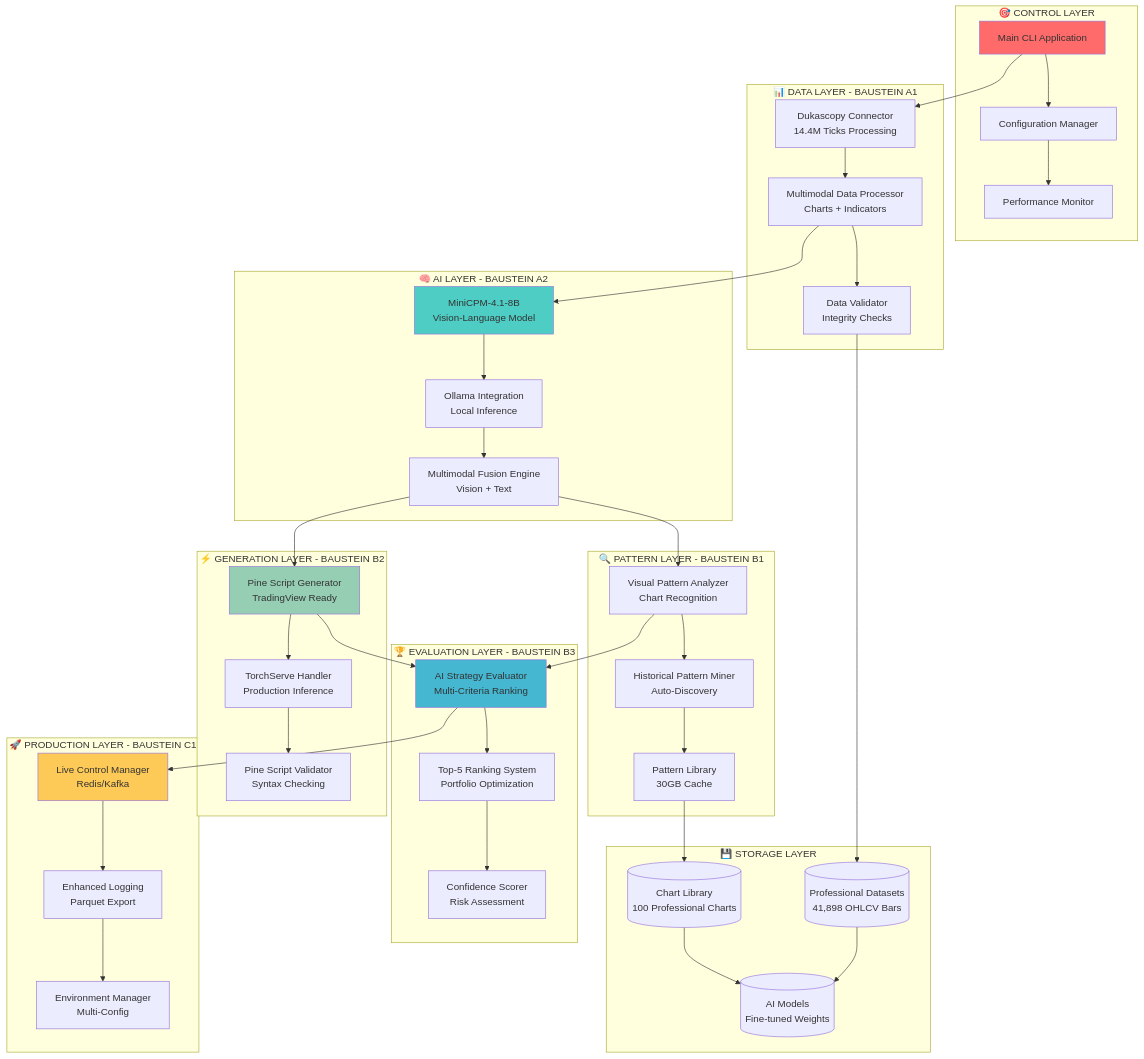
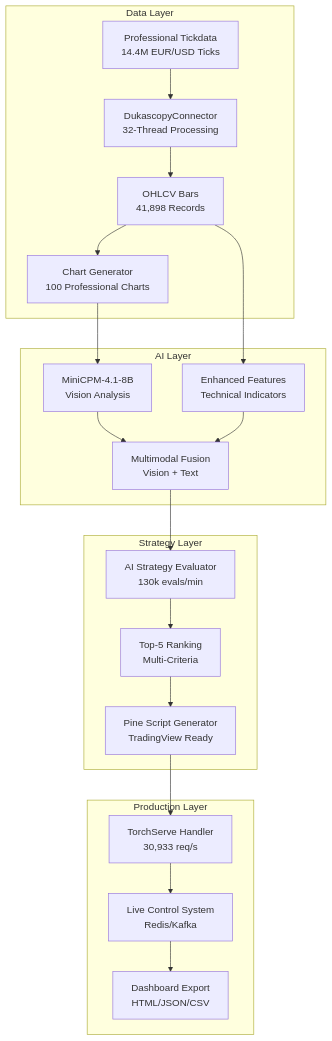
Before and after one commit to baumfaeller24/ai-indicator-optimizer: the diagram in README.md, drawn with Mermaid. The commit also changed other lines of this file and 281 other files, not shown here.

````diff
--- a/README.md
+++ b/README.md
@@ -26,89 +34,27 @@
 ```mermaid
 graph TB
-    subgraph "🎯 CONTROL LAYER"
-        CLI[Main CLI Application]
-        CONFIG[Configuration Manager]
-        MONITOR[Performance Monitor]
+    subgraph "Data Layer"
+        A[Professional Tickdata<br/>14.4M EUR/USD Ticks] --> B[DukascopyConnector<br/>32-Thread Processing]
+        B --> C[OHLCV Bars<br/>41,898 Records]
+        C --> D[Chart Generator<br/>100 Professional Charts]
     end
     
-    subgraph "📊 DATA LAYER - BAUSTEIN A1"
-        DUKA[Dukascopy Connector<br/>14.4M Ticks Processing]
-        PROC[Multimodal Data Processor<br/>Charts + Indicators]
-        VALID[Data Validator<br/>Integrity Checks]
+    subgraph "AI Layer"
+        D --> E[MiniCPM-4.1-8B<br/>Vision Analysis]
+        C --> F[Enhanced Features<br/>Technical Indicators]
+        E --> G[Multimodal Fusion<br/>Vision + Text]
+        F --> G
     end
     
-    subgraph "🧠 AI LAYER - BAUSTEIN A2"
-        MINICPM[MiniCPM-4.1-8B<br/>Vision-Language Model]
-        OLLAMA[Ollama Integration<br/>Local Inference]
-        FUSION[Multimodal Fusion Engine<br/>Vision + Text]
+    subgraph "Strategy Layer"
+        G --> H[AI Strategy Evaluator<br/>130k evals/min]
+        H --> I[Top-5 Ranking<br/>Multi-Criteria]
+        I --> J[Pine Script Generator<br/>TradingView Ready]
     end
     
-    subgraph "🔍 PATTERN LAYER - BAUSTEIN B1"
-        VISUAL[Visual Pattern Analyzer<br/>Chart Recognition]
-        HIST[Historical Pattern Miner<br/>Auto-Discovery]
-        LIB[Pattern Library<br/>30GB Cache]
+    subgraph "Production Layer"
+        J --> K[TorchServe Handler<br/>30,933 req/s]
+        K --> L[Live Control System<br/>Redis/Kafka]
+        L --> M[Dashboard Export<br/>HTML/JSON/CSV]
     end
-    
-    subgraph "⚡ GENERATION LAYER - BAUSTEIN B2"
-        PINE[Pine Script Generator<br/>TradingView Ready]
-        TORCH[TorchServe Handler<br/>Production Inference]
-        VALID_PINE[Pine Script Validator<br/>Syntax Checking]
-    end
-    
-    subgraph "🏆 EVALUATION LAYER - BAUSTEIN B3"
-        EVAL[AI Strategy Evaluator<br/>Multi-Criteria Ranking]
-        RANK[Top-5 Ranking System<br/>Portfolio Optimization]
-        CONF[Confidence Scorer<br/>Risk Assessment]
-    end
-    
-    subgraph "🚀 PRODUCTION LAYER - BAUSTEIN C1"
-        LIVE[Live Control Manager<br/>Redis/Kafka]
-        LOG[Enhanced Logging<br/>Parquet Export]
-        ENV[Environment Manager<br/>Multi-Config]
-    end
-    
-    subgraph "💾 STORAGE LAYER"
-        PARQUET[(Professional Datasets<br/>41,898 OHLCV Bars)]
-        CHARTS[(Chart Library<br/>100 Professional Charts)]
-        MODELS[(AI Models<br/>Fine-tuned Weights)]
-    end
-    
-    CLI --> CONFIG
-    CLI --> DUKA
-    CONFIG --> MONITOR
-    
-    DUKA --> PROC
-    PROC --> VALID
-    VALID --> PARQUET
-    
-    PROC --> MINICPM
-    MINICPM --> OLLAMA
-    OLLAMA --> FUSION
-    
-    FUSION --> VISUAL
-    VISUAL --> HIST
-    HIST --> LIB
-    LIB --> CHARTS
-    
-    FUSION --> PINE
-    PINE --> TORCH
-    TORCH --> VALID_PINE
-    
-    VISUAL --> EVAL
-    PINE --> EVAL
-    EVAL --> RANK
-    RANK --> CONF
-    
-    EVAL --> LIVE
-    LIVE --> LOG
-    LOG --> ENV
-    
-    PARQUET --> MODELS
-    CHARTS --> MODELS
-    
-    style CLI fill:#ff6b6b
-    style MINICPM fill:#4ecdc4
-    style EVAL fill:#45b7d1
-    style PINE fill:#96ceb4
-    style LIVE fill:#feca57
 ```
````
